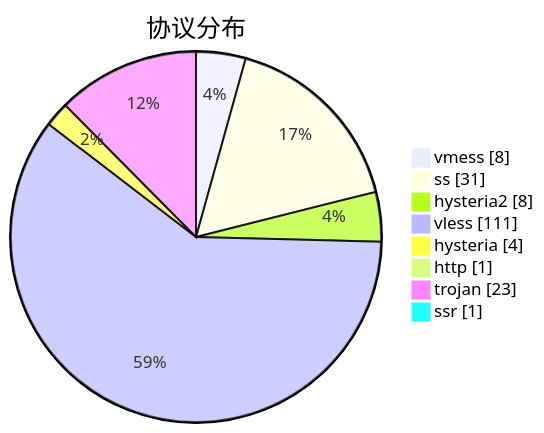
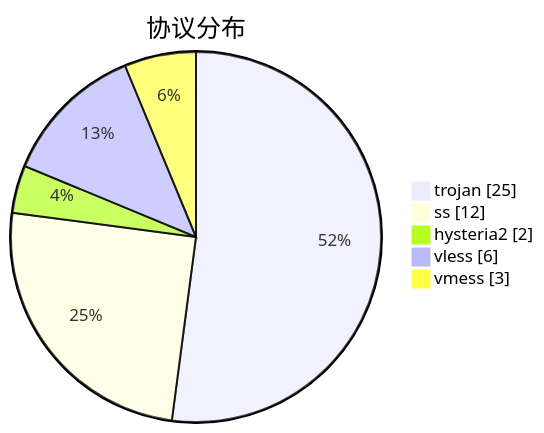
The third of 3 diagrams in subs/statistics/tested_within.md (sinspired/airport), drawn with Mermaid before and after one commit. The commit also changed other lines of this file and 2 other files, not shown here.

````diff
--- a/subs/statistics/tested_within.md
+++ b/subs/statistics/tested_within.md
@@ -44,12 +29,9 @@
 ```mermaid
 pie showData
 title 协议分布
-"vmess" : 8
-"ss" : 31
-"hysteria2" : 8
-"vless" : 111
-"hysteria" : 4
-"http" : 1
-"trojan" : 23
-"ssr" : 1
+"trojan" : 25
+"ss" : 12
+"hysteria2" : 2
+"vless" : 6
+"vmess" : 3
 ```
````
